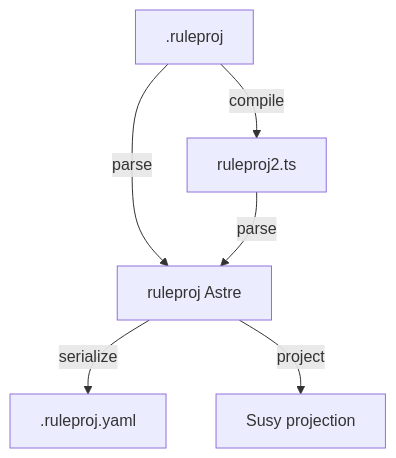
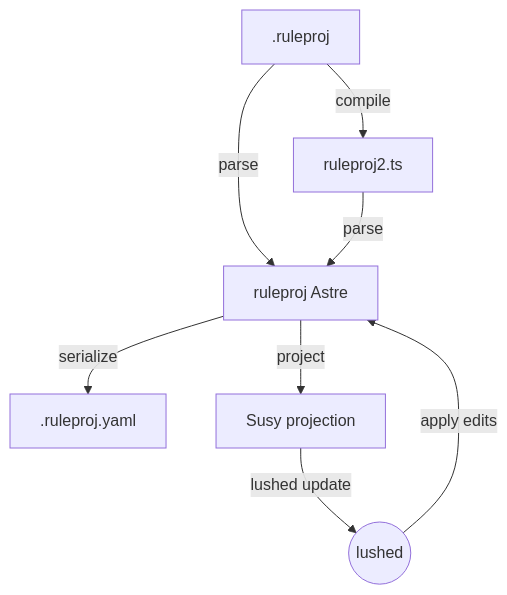
Before and after one commit to cognominal/lush-all: the diagram in docs/projection-dsl.md, drawn with Mermaid. The commit also changed other lines of this file and 1 other file, not shown here.

````diff
--- a/docs/projection-dsl.md
+++ b/docs/projection-dsl.md
@@ -101,8 +121,10 @@
 ```mermaid
 graph TD
   A[".ruleproj"] -->|parse| B["ruleproj Astre"]
   B -->|serialize| C[".ruleproj.yaml"]
   B -->|project| D["Susy projection"]
+  D -->|lushed update| L((lushed))
+  L -->|apply edits| B
   A -->|compile| E["ruleproj2.ts"]
   E -->|parse| B
 ```
````
